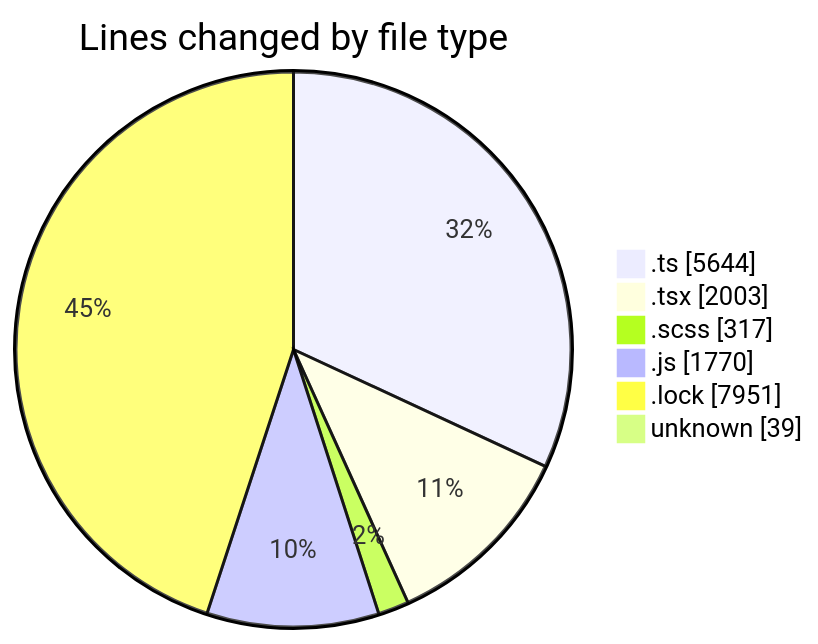
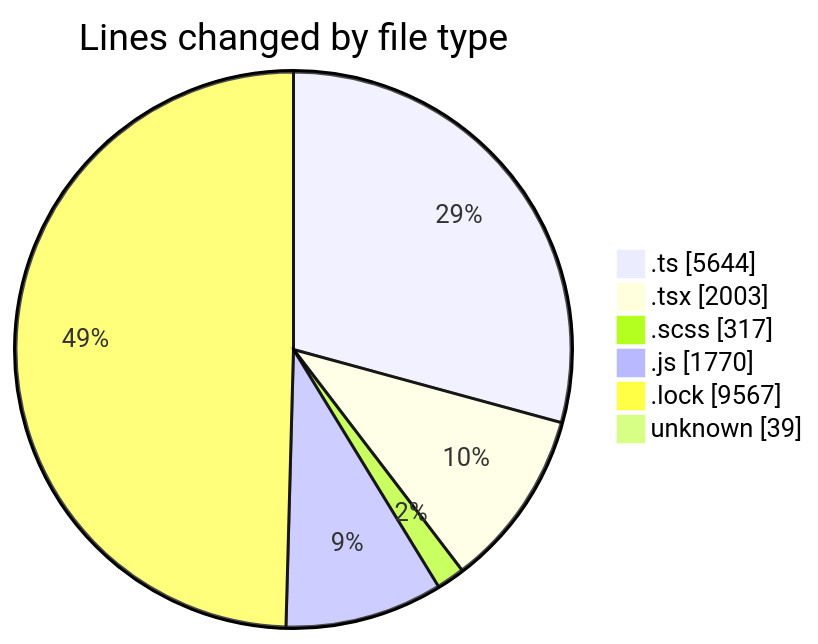
Before and after one commit to momahboobian/code-tracking: the first of 2 diagrams in 2025-03-21/cda/README.md, drawn with Mermaid. The commit also changed other lines of this file and 1 other file, not shown here.

````diff
--- a/2025-03-21/cda/README.md
+++ b/2025-03-21/cda/README.md
@@ -42,10 +43,10 @@
 ```mermaid
 pie showData
 title Lines changed by file type
 ".ts" : 5644
 ".tsx" : 2003
 ".scss" : 317
 ".js" : 1770
-".lock" : 7951
+".lock" : 9567
 "unknown" : 39
 ```
````
